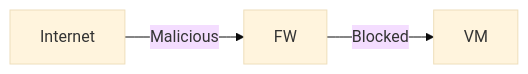
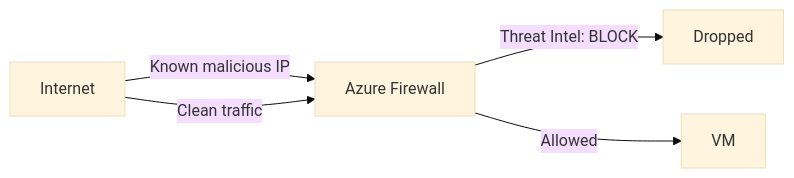
The sixth of 10 diagrams in azure-firewall.md (atulkamble/Azure-Firewall), drawn with Mermaid (base theme) before and after one commit. The commit also changed other lines of this file, not shown here.

````diff
--- a/azure-firewall.md
+++ b/azure-firewall.md
@@ -138,5 +145,7 @@
 ```mermaid
 flowchart LR
-    Internet -->|Malicious| FW
-    FW -->|Blocked| VM
+    Internet -->|"Known malicious IP"| FW[Azure Firewall]
+    FW -->|"Threat Intel: BLOCK"| X[Dropped]
+    Internet -->|"Clean traffic"| FW
+    FW -->|Allowed| VM
 ```
````
